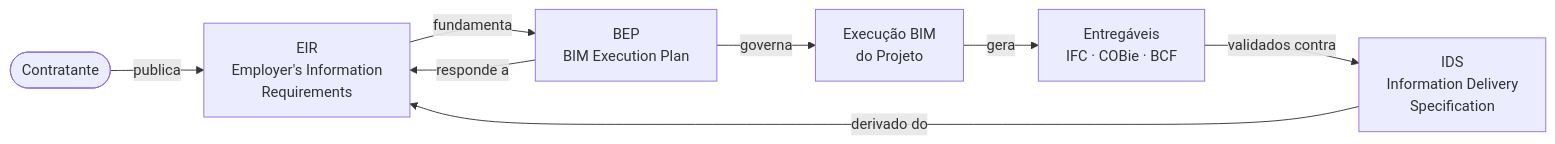
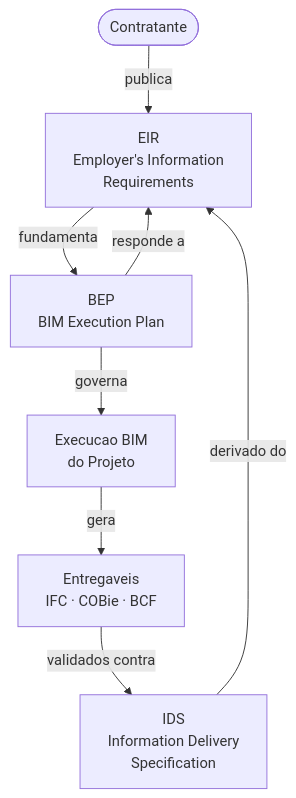
One commit to 255ribeiro/intro_ifc changed the first of 9 diagrams in docs/bep/bep-bim-material.md. Above: the diagram before and after it, drawn with Mermaid. The commit also changed other lines of this file and 2 other files, not shown here.

Commit message:
mermaid diagram css

````diff
--- a/docs/bep/bep-bim-material.md
+++ b/docs/bep/bep-bim-material.md
@@ -44,10 +44,11 @@
 ```mermaid
-flowchart LR
-    A([Contratante]) -->|publica| B[EIR\nEmployer's Information\nRequirements]
-    B -->|fundamenta| C[BEP\nBIM Execution Plan]
+%%{init: {"themeVariables": {"fontSize": "16px"}}}%%
+flowchart TD
+    A([Contratante]) -->|publica| B["EIR\nEmployer's Information\nRequirements"]
+    B -->|fundamenta| C["BEP\nBIM Execution Plan"]
     C -->|responde a| B
-    C -->|governa| D[Execução BIM\ndo Projeto]
-    D -->|gera| E[Entregáveis\nIFC · COBie · BCF]
-    E -->|validados contra| F[IDS\nInformation Delivery\nSpecification]
+    C -->|governa| D["Execucao BIM\ndo Projeto"]
+    D -->|gera| E["Entregaveis\nIFC · COBie · BCF"]
+    E -->|validados contra| F["IDS\nInformation Delivery\nSpecification"]
     F -->|derivado do| B
 ```
````
